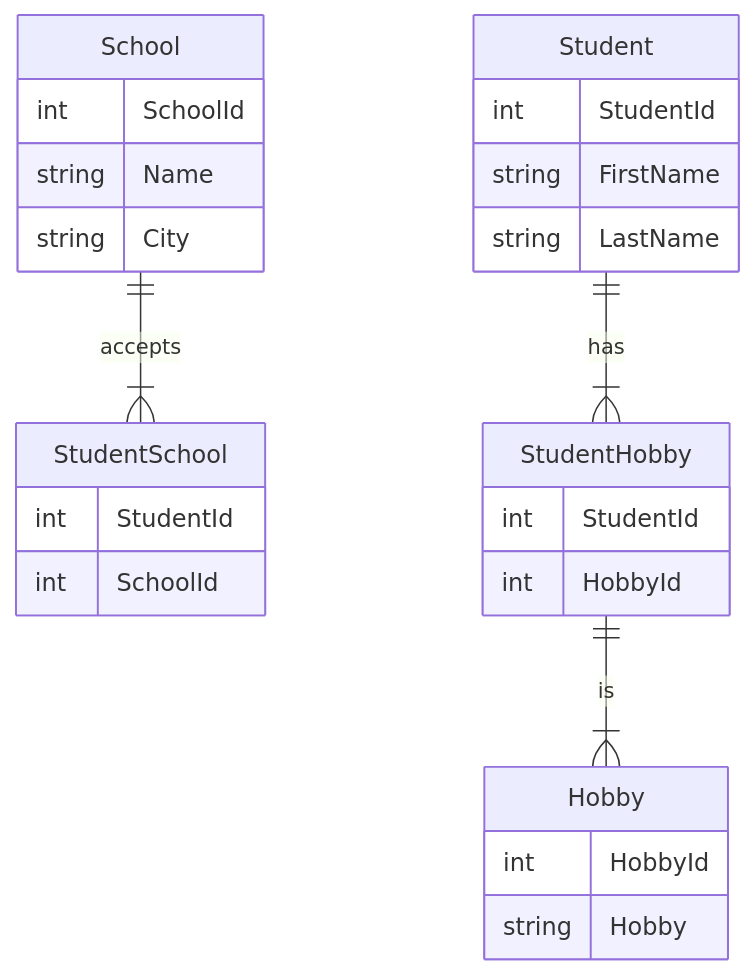
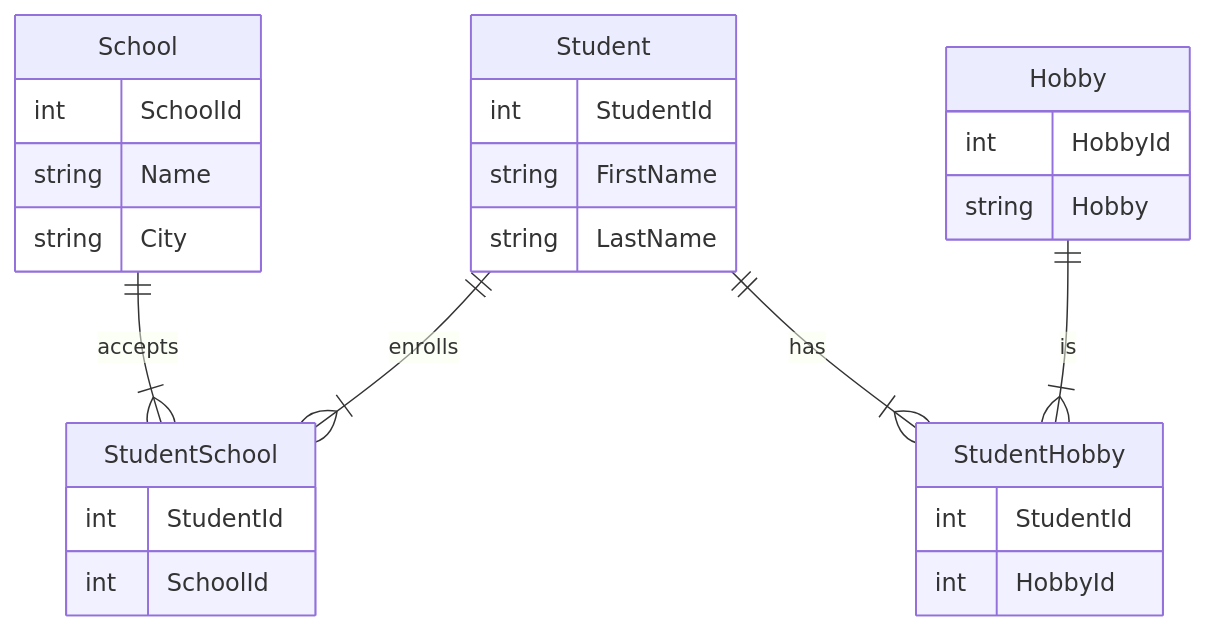
The diagram in README.md (ellinorekmark/db2022), drawn with Mermaid before and after one commit.

Commit message:
getting closer with the ER diagram

````diff
--- a/README.md
+++ b/README.md
@@ -1,35 +1,36 @@
 ```mermaid
 
 erDiagram    
     School ||--|{ StudentSchool : accepts
+    Student || --|{StudentSchool : enrolls
     Student ||--|{StudentHobby : has
-    StudentHobby ||--|{Hobby : is
+    Hobby ||--|{StudentHobby : is
     
     StudentSchool {
         int StudentId
         int SchoolId
     }
     
     Student {
         int StudentId
         string FirstName
         string LastName
     }
     
     School {
         int SchoolId
         string Name
         string City
     }
 
     StudentHobby {
         int StudentId
         int HobbyId
     }
 
     Hobby {
         int HobbyId
         string Hobby
     }
 
 ```
````
